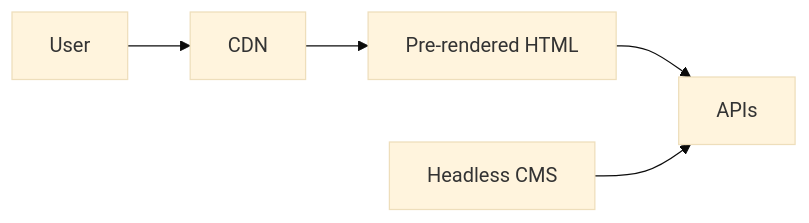
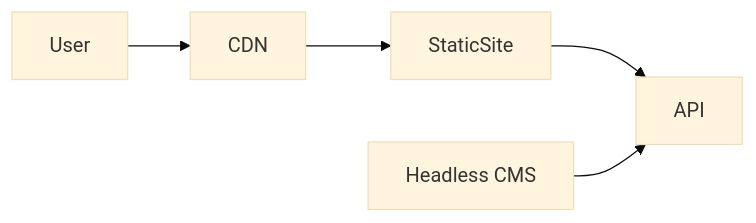
The diagram in content/blog/en/jamstack-future-web-development.mdx (Bitspire-Dev/Bitspire), drawn with Mermaid (base theme) before and after one commit. The commit also changed other lines of this file and 20 other files, not shown here.

````diff
--- a/content/blog/en/jamstack-future-web-development.mdx
+++ b/content/blog/en/jamstack-future-web-development.mdx
@@ -44,7 +44,7 @@
 ```mermaid
 flowchart LR
   User --> CDN
-  CDN --> StaticSite[Pre-rendered HTML]
-  StaticSite --> API[APIs]
+  CDN --> StaticSite
+  StaticSite --> API
   CMS[Headless CMS] --> API
 ```
````
